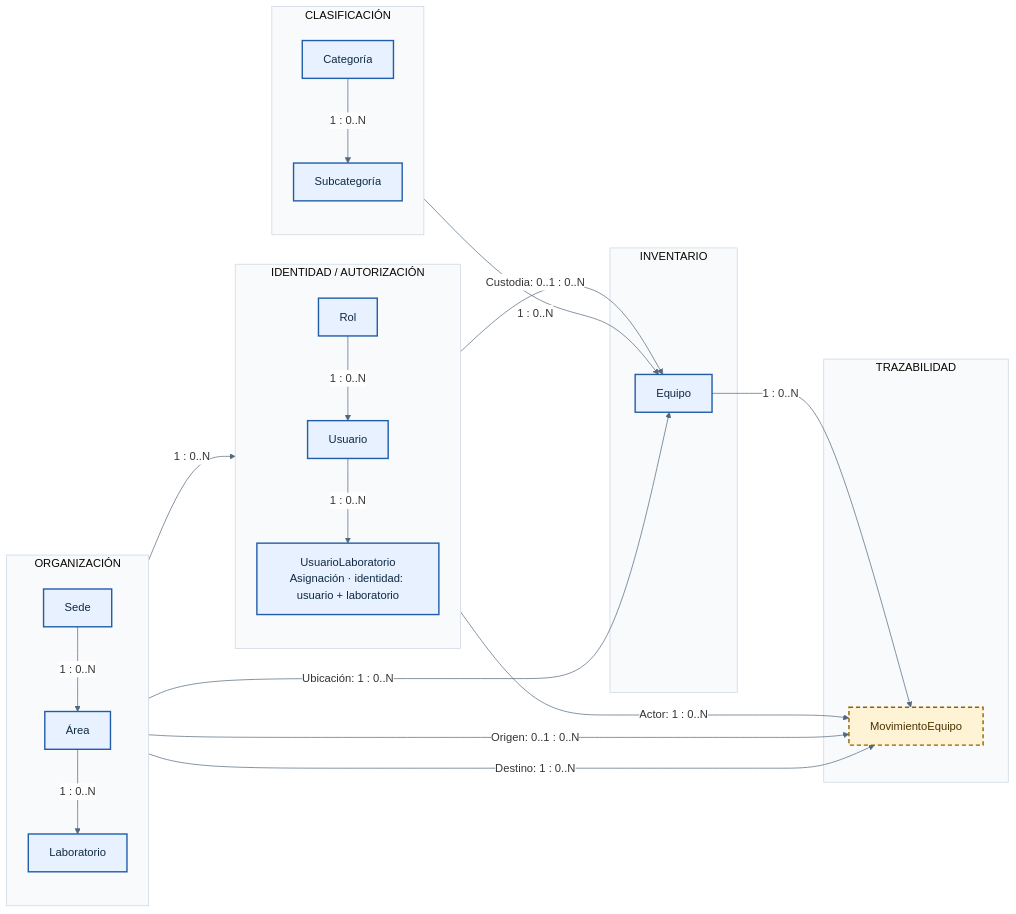
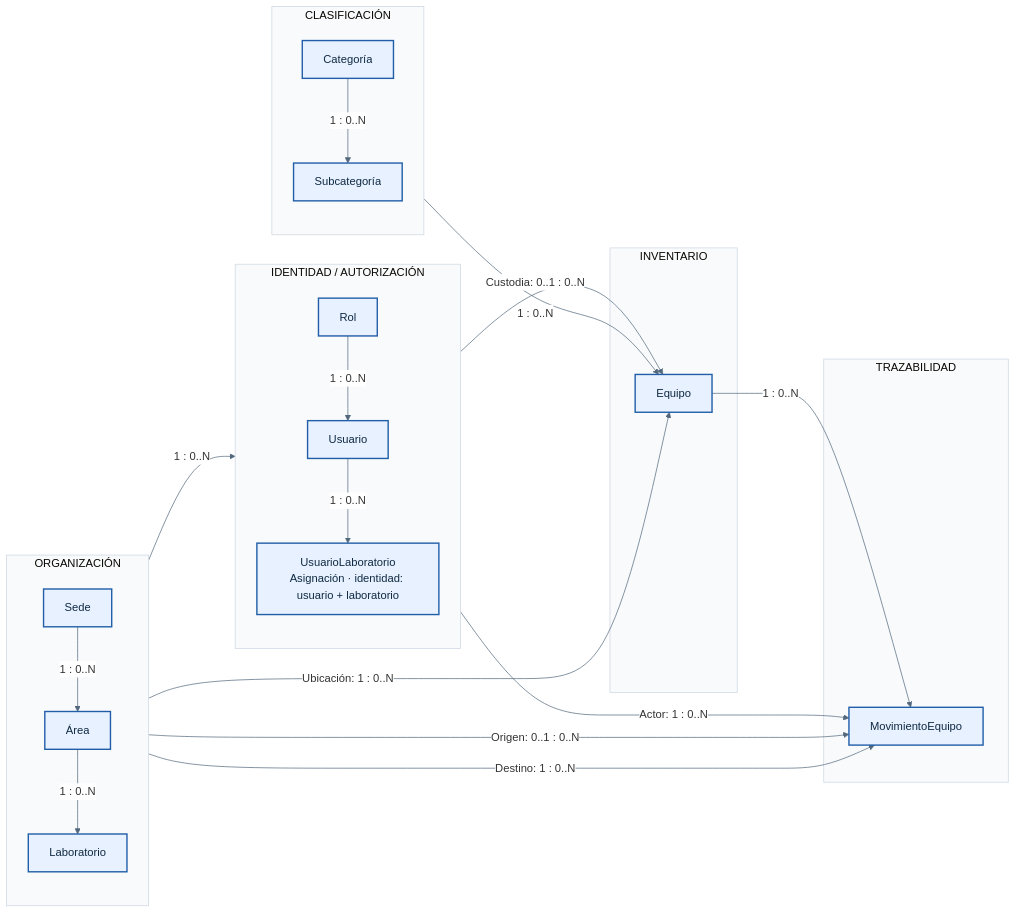
Before and after one commit to markopuch/inventario-laboratorios: the diagram in docs/Erd_actual/erd-logico-v2.md, drawn with Mermaid. The commit also changed other lines of this file and 30 other files, not shown here.

````diff
--- a/docs/Erd_actual/erd-logico-v2.md
+++ b/docs/Erd_actual/erd-logico-v2.md
@@ -23,50 +23,48 @@
 ```mermaid
 %%{init: {"theme":"base","fontFamily":"Arial, sans-serif","themeVariables":{"fontFamily":"Arial, sans-serif","fontSize":"16px","lineColor":"#52677C","clusterBkg":"#F8FAFC","clusterBorder":"#CBD5E1","edgeLabelBackground":"#FFFFFF"},"themeCSS":".nodeLabel,.edgeLabel{font-family:Arial,sans-serif!important;}","flowchart":{"useMaxWidth":false,"htmlLabels":true,"curve":"basis","nodeSpacing":42,"rankSpacing":72}}}%%
 flowchart LR
     subgraph ORG["ORGANIZACIÓN"]
         direction TB
         Sede["Sede"]
         Area["Área"]
         Laboratorio["Laboratorio"]
         Sede -->|"1 : 0..N"| Area
         Area -->|"1 : 0..N"| Laboratorio
     end
 
     subgraph CLA["CLASIFICACIÓN"]
         direction TB
         Categoria["Categoría"]
         Subcategoria["Subcategoría"]
         Categoria -->|"1 : 0..N"| Subcategoria
     end
 
     subgraph IDA["IDENTIDAD / AUTORIZACIÓN"]
         direction TB
         Rol["Rol"]
         Usuario["Usuario"]
         UsuarioLaboratorio["UsuarioLaboratorio<br/>Asignación · identidad: usuario + laboratorio"]
         Rol -->|"1 : 0..N"| Usuario
         Usuario -->|"1 : 0..N"| UsuarioLaboratorio
     end
 
     subgraph INV["INVENTARIO"]
         Equipo["Equipo"]
     end
 
     subgraph TRA["TRAZABILIDAD"]
         MovimientoEquipo["MovimientoEquipo"]
     end
 
     Laboratorio -->|"1 : 0..N"| UsuarioLaboratorio
     Subcategoria -->|"1 : 0..N"| Equipo
     Laboratorio -->|"Ubicación: 1 : 0..N"| Equipo
     Usuario -->|"Custodia: 0..1 : 0..N"| Equipo
     Equipo -->|"1 : 0..N"| MovimientoEquipo
     Usuario -->|"Actor: 1 : 0..N"| MovimientoEquipo
     Laboratorio -->|"Origen: 0..1 : 0..N"| MovimientoEquipo
     Laboratorio -->|"Destino: 1 : 0..N"| MovimientoEquipo
 
     classDef implementado fill:#E7F1FF,stroke:#225EA8,stroke-width:2px,color:#102A43;
-    classDef futuro fill:#FFF3D6,stroke:#956200,stroke-width:2px,stroke-dasharray:6 4,color:#493300;
-    class Sede,Area,Laboratorio,Categoria,Subcategoria,Rol,Usuario,UsuarioLaboratorio,Equipo implementado;
-    class MovimientoEquipo futuro;
+    class Sede,Area,Laboratorio,Categoria,Subcategoria,Rol,Usuario,UsuarioLaboratorio,Equipo,MovimientoEquipo implementado;
 ```
````
